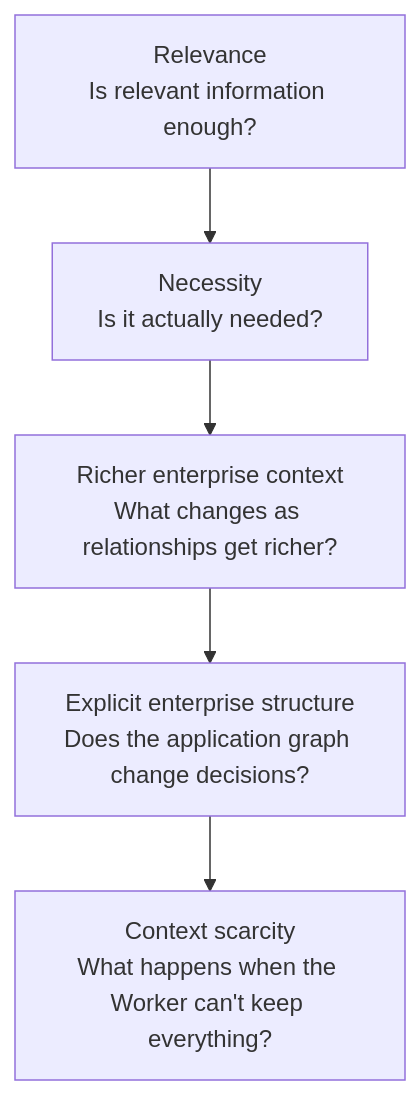
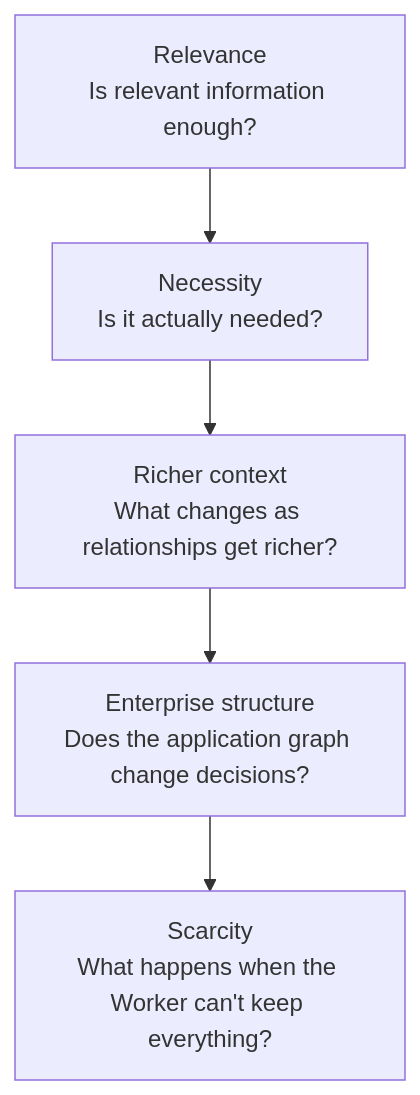
Before and after one commit to aswinjames/EnterpriseSim: the fifth of 7 diagrams in README.md, drawn with Mermaid. The commit also changed other lines of this file, not shown here.

````diff
--- a/README.md
+++ b/README.md
@@ -136,7 +90,7 @@
 ```mermaid
 flowchart TD
     E1["Relevance<br/>Is relevant information enough?"] --> E2["Necessity<br/>Is it actually needed?"]
-    E2 --> E3["Richer enterprise context<br/>What changes as relationships get richer?"]
-    E3 --> E4["Explicit enterprise structure<br/>Does the application graph change decisions?"]
-    E4 --> E5["Context scarcity<br/>What happens when the Worker can't keep everything?"]
+    E2 --> E3["Richer context<br/>What changes as relationships get richer?"]
+    E3 --> E4["Enterprise structure<br/>Does the application graph change decisions?"]
+    E4 --> E5["Scarcity<br/>What happens when the Worker can't keep everything?"]
 ```
````
